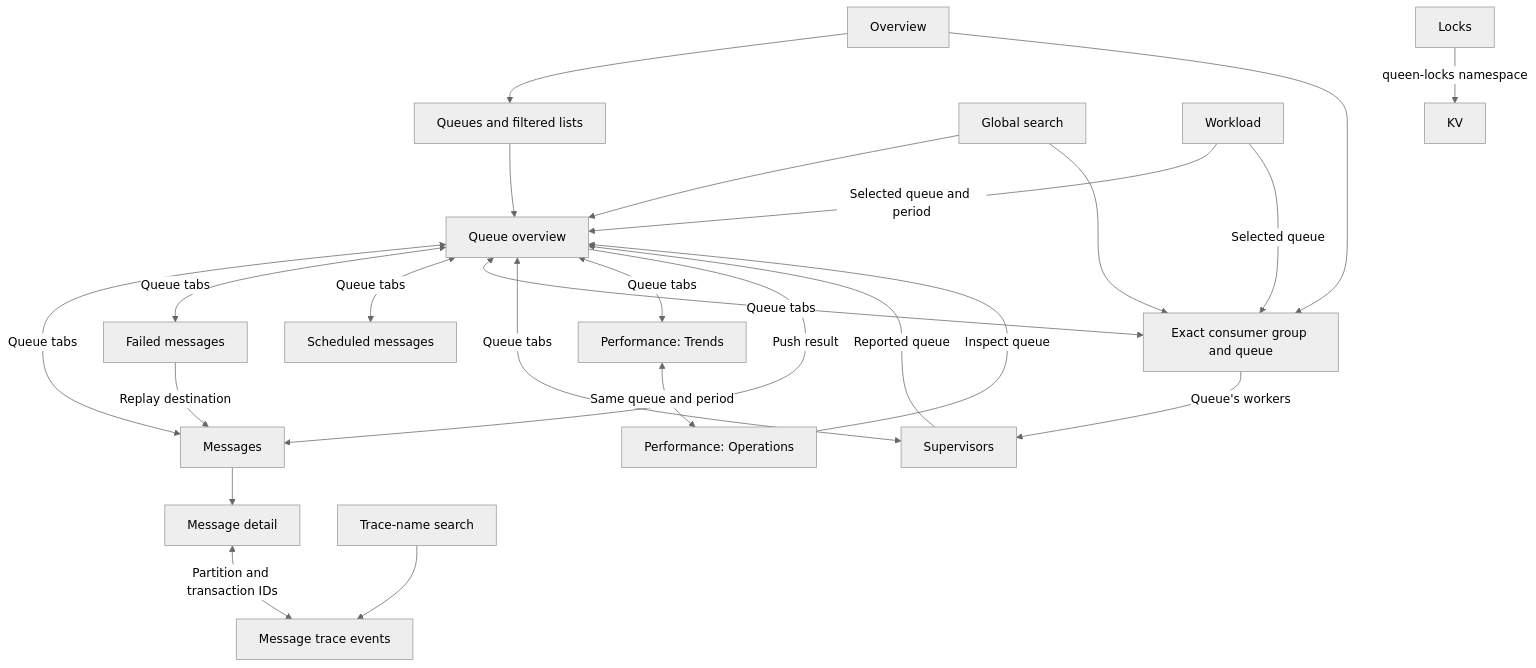
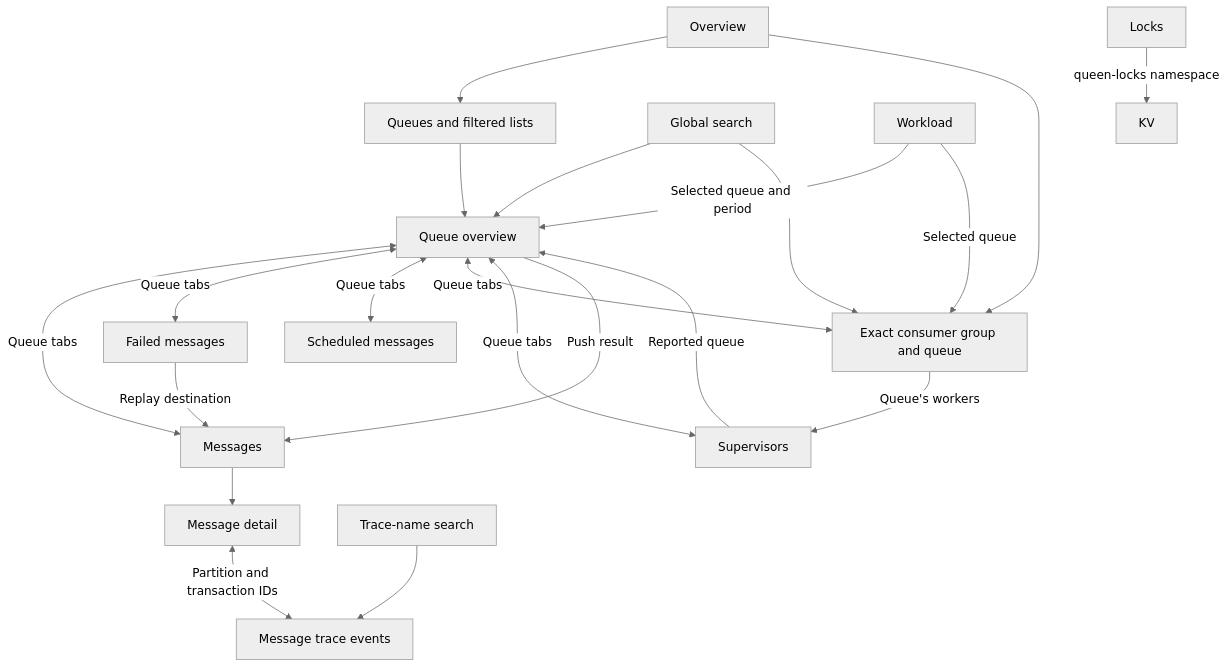
Before and after one commit to queen-mq/queen: the diagram in app/README.md, drawn with Mermaid (neutral theme). The commit also changed other lines of this file and 35 other files, not shown here.

````diff
--- a/app/README.md
+++ b/app/README.md
@@ -64,26 +64,23 @@
 ```mermaid
 flowchart TD
   overview[Overview] --> queues[Queues and filtered lists]
   search[Global search] --> queue[Queue overview]
   search --> consumer[Exact consumer group and queue]
   queues --> queue
   overview --> consumer
   queue <-->|Queue tabs| messages[Messages]
   queue <-->|Queue tabs| failed[Failed messages]
   queue <-->|Queue tabs| timers[Scheduled messages]
   queue <-->|Queue tabs| consumer
   queue <-->|Queue tabs| supervisors[Supervisors]
-  queue <-->|Queue tabs| trends[Performance: Trends]
-  trends <-->|Same queue and period| operations[Performance: Operations]
-  operations -->|Inspect queue| queue
   workload[Workload] -->|Selected queue and period| queue
   workload -->|Selected queue| consumer
   consumer -->|Queue's workers| supervisors
   supervisors -->|Reported queue| queue
   messages --> message[Message detail]
   message <-->|Partition and transaction IDs| traces[Message trace events]
   named[Trace-name search] --> traces
   failed -->|Replay destination| messages
   queue -->|Push result| messages
   locks[Locks] -->|queen-locks namespace| kv[KV]
 ```
````
